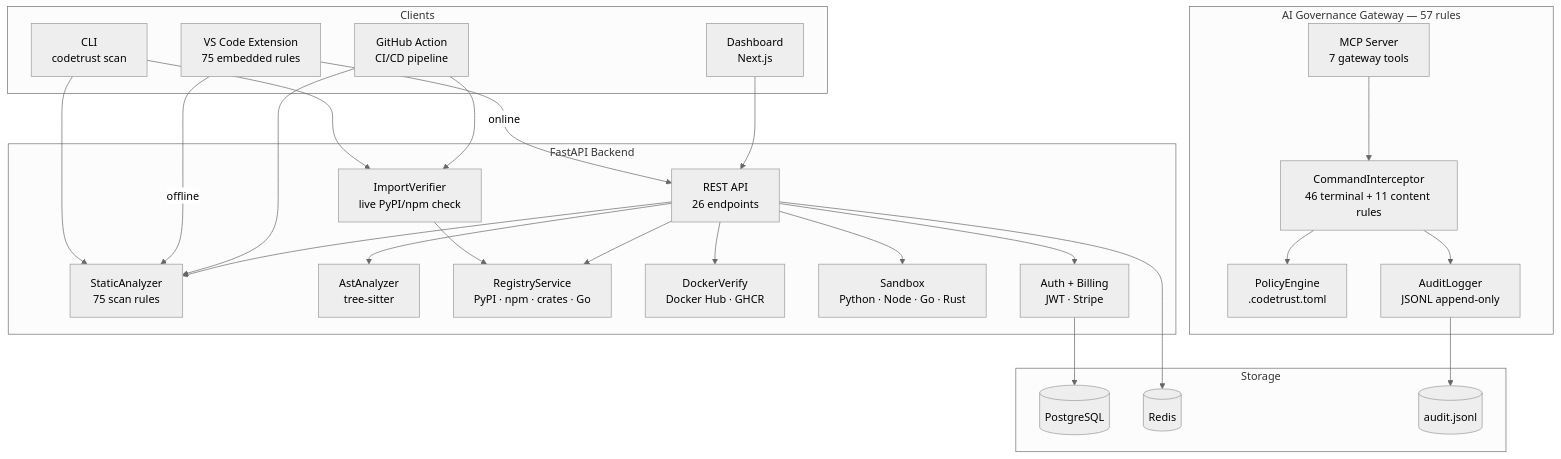
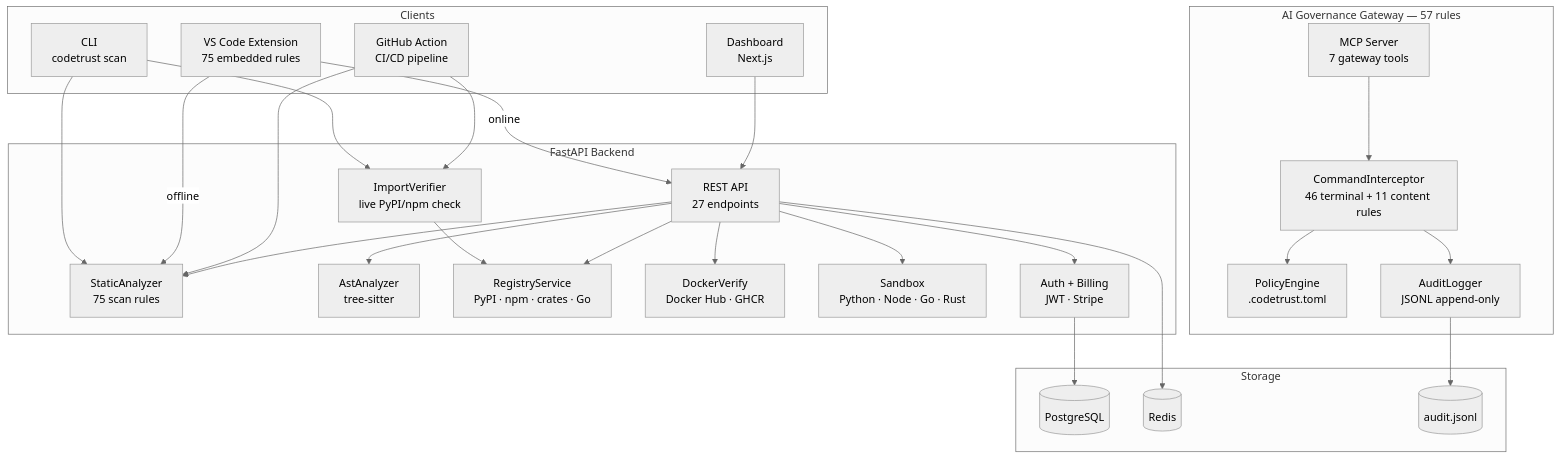
The diagram in README.md (S-Borna/codetrust), drawn with Mermaid (neutral theme) before and after one commit. The commit also changed other lines of this file and 2 other files, not shown here.

Commit message:
fix: update API endpoints count 26 → 27 across README and landing page

````diff
--- a/README.md
+++ b/README.md
@@ -120,56 +120,56 @@
 ```mermaid
 flowchart TB
     subgraph Clients
         CLI["CLI<br/>codetrust scan"]
         EXT["VS Code Extension<br/>75 embedded rules"]
         GHA["GitHub Action<br/>CI/CD pipeline"]
         DASH["Dashboard<br/>Next.js"]
     end
 
     subgraph Gateway["AI Governance Gateway — 57 rules"]
         MCP_GW["MCP Server<br/>7 gateway tools"]
         INT["CommandInterceptor<br/>46 terminal + 11 content rules"]
         POL["PolicyEngine<br/>.codetrust.toml"]
         AUD["AuditLogger<br/>JSONL append-only"]
     end
 
     subgraph API["FastAPI Backend"]
-        REST["REST API<br/>26 endpoints"]
+        REST["REST API<br/>27 endpoints"]
         SCAN["StaticAnalyzer<br/>75 scan rules"]
         IMPORT["ImportVerifier<br/>live PyPI/npm check"]
         AST["AstAnalyzer<br/>tree-sitter"]
         REG["RegistryService<br/>PyPI · npm · crates · Go"]
         DOCK["DockerVerify<br/>Docker Hub · GHCR"]
         SAND["Sandbox<br/>Python · Node · Go · Rust"]
         AUTH["Auth + Billing<br/>JWT · Stripe"]
     end
 
     subgraph Storage
         PG[(PostgreSQL)]
         REDIS[(Redis)]
         JSONL[("audit.jsonl")]
     end
 
     CLI --> SCAN
     CLI --> IMPORT
     EXT -->|offline| SCAN
     EXT -->|online| REST
     GHA --> SCAN
     GHA --> IMPORT
     DASH --> REST
 
     MCP_GW --> INT
     INT --> POL
     INT --> AUD
     AUD --> JSONL
 
     IMPORT --> REG
     REST --> SCAN
     REST --> AST
     REST --> REG
     REST --> DOCK
     REST --> SAND
     REST --> AUTH
     AUTH --> PG
     REST --> REDIS
 ```
````
